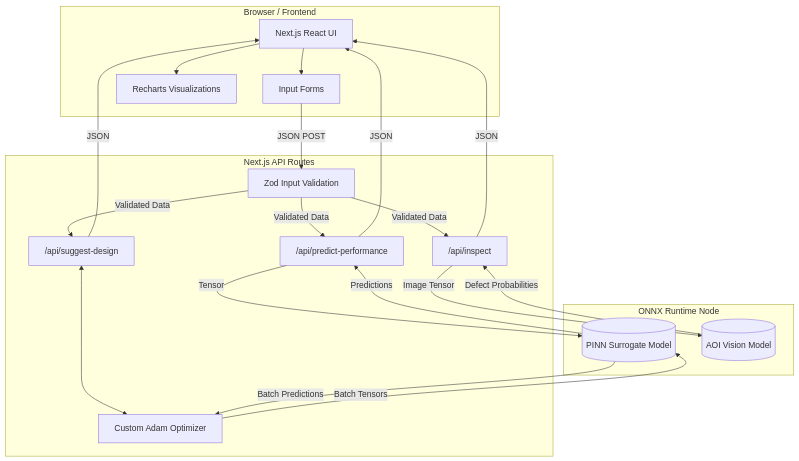
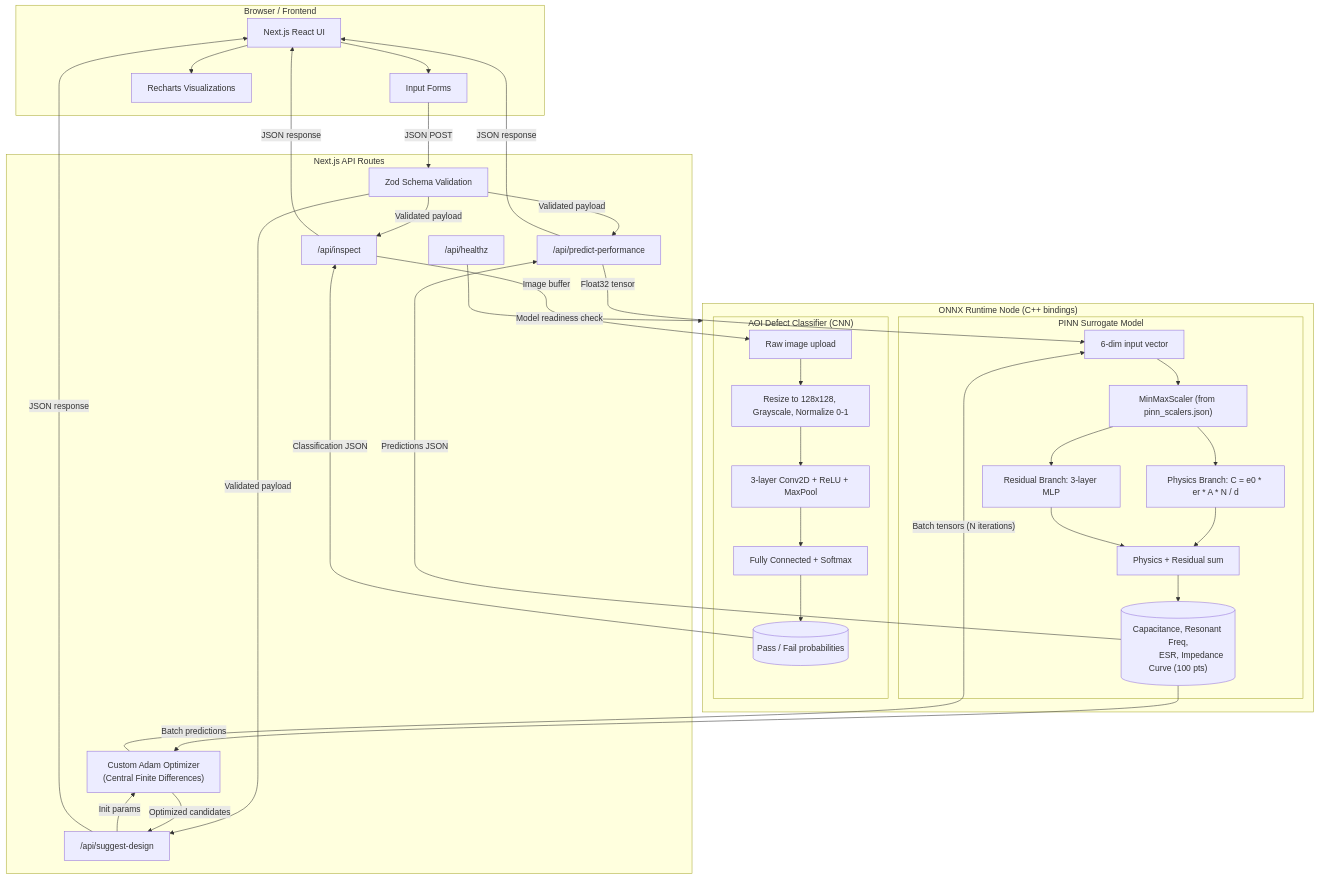
Before and after one commit to Sejpal-Raghav/mlcc-copilot: the diagram in ARCHITECTURE.md, drawn with Mermaid. The commit also changed 1 other file, not shown here.

Commit message:
docs: rewrite flowchart, add architecture link to README

````diff
--- a/ARCHITECTURE.md
+++ b/ARCHITECTURE.md
@@ -7,43 +7,63 @@
 ```mermaid
 graph TD
-    subgraph Client [Browser / Frontend]
-        UI[Next.js React UI]
-        Forms[Input Forms]
-        Charts[Recharts Visualizations]
-        
+    subgraph Client ["Browser / Frontend"]
+        UI["Next.js React UI"]
+        Forms["Input Forms"]
+        Charts["Recharts Visualizations"]
         UI --> Forms
         UI --> Charts
     end
-    
-    subgraph Backend [Next.js API Routes]
-        Zod[Zod Input Validation]
+
+    Forms -- "JSON POST" --> Zod
+
+    subgraph Backend ["Next.js API Routes"]
+        Zod["Zod Schema Validation"]
         PredictAPI["/api/predict-performance"]
         SuggestAPI["/api/suggest-design"]
         InspectAPI["/api/inspect"]
-        
-        Forms -- JSON POST --> Zod
-        Zod -- Validated Data --> PredictAPI
-        Zod -- Validated Data --> SuggestAPI
-        Zod -- Validated Data --> InspectAPI
-        
-        Adam[Custom Adam Optimizer]
-        SuggestAPI <--> Adam
+        HealthAPI["/api/healthz"]
+        Adam["Custom Adam Optimizer
+        (Central Finite Differences)"]
+
+        Zod -- "Validated payload" --> PredictAPI
+        Zod -- "Validated payload" --> SuggestAPI
+        Zod -- "Validated payload" --> InspectAPI
+        SuggestAPI -- "Init params" --> Adam
+        Adam -- "Optimized candidates" --> SuggestAPI
     end
-    
-    subgraph Inference [ONNX Runtime Node]
-        PINN[(PINN Surrogate Model)]
-        CNN[(AOI Vision Model)]
-        
-        PredictAPI -- Tensor --> PINN
-        Adam -- Batch Tensors --> PINN
-        InspectAPI -- Image Tensor --> CNN
+
+    subgraph Inference ["ONNX Runtime Node (C++ bindings)"]
+        subgraph PINN ["PINN Surrogate Model"]
+            P1["6-dim input vector"]
+            P2["MinMaxScaler (from pinn_scalers.json)"]
+            P3["Physics Branch: C = e0 * er * A * N / d"]
+            P4["Residual Branch: 3-layer MLP"]
+            P5["Physics + Residual sum"]
+            P6[("Capacitance, Resonant Freq,
+            ESR, Impedance Curve (100 pts)")]
+            P1 --> P2 --> P3 & P4 --> P5 --> P6
+        end
+
+        subgraph AOI ["AOI Defect Classifier (CNN)"]
+            C1["Raw image upload"]
+            C2["Resize to 128x128, Grayscale, Normalize 0-1"]
+            C3["3-layer Conv2D + ReLU + MaxPool"]
+            C4["Fully Connected + Softmax"]
+            C5[("Pass / Fail probabilities")]
+            C1 --> C2 --> C3 --> C4 --> C5
+        end
     end
-    
-    PINN -- Predictions --> PredictAPI
-    PINN -- Batch Predictions --> Adam
-    CNN -- Defect Probabilities --> InspectAPI
-    
-    PredictAPI -- JSON --> UI
-    SuggestAPI -- JSON --> UI
-    InspectAPI -- JSON --> UI
+
+    PredictAPI -- "Float32 tensor" --> P1
+    Adam -- "Batch tensors (N iterations)" --> P1
+    InspectAPI -- "Image buffer" --> C1
+
+    P6 -- "Predictions JSON" --> PredictAPI
+    P6 -- "Batch predictions" --> Adam
+    C5 -- "Classification JSON" --> InspectAPI
+    HealthAPI -- "Model readiness check" --> Inference
+
+    PredictAPI -- "JSON response" --> UI
+    SuggestAPI -- "JSON response" --> UI
+    InspectAPI -- "JSON response" --> UI
 ```
````
